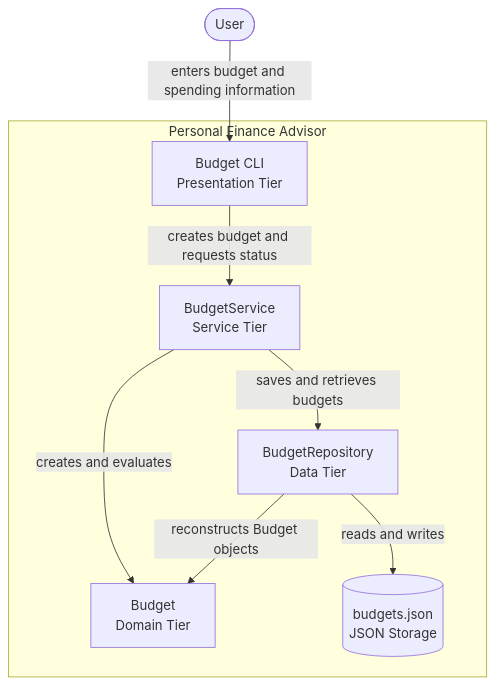
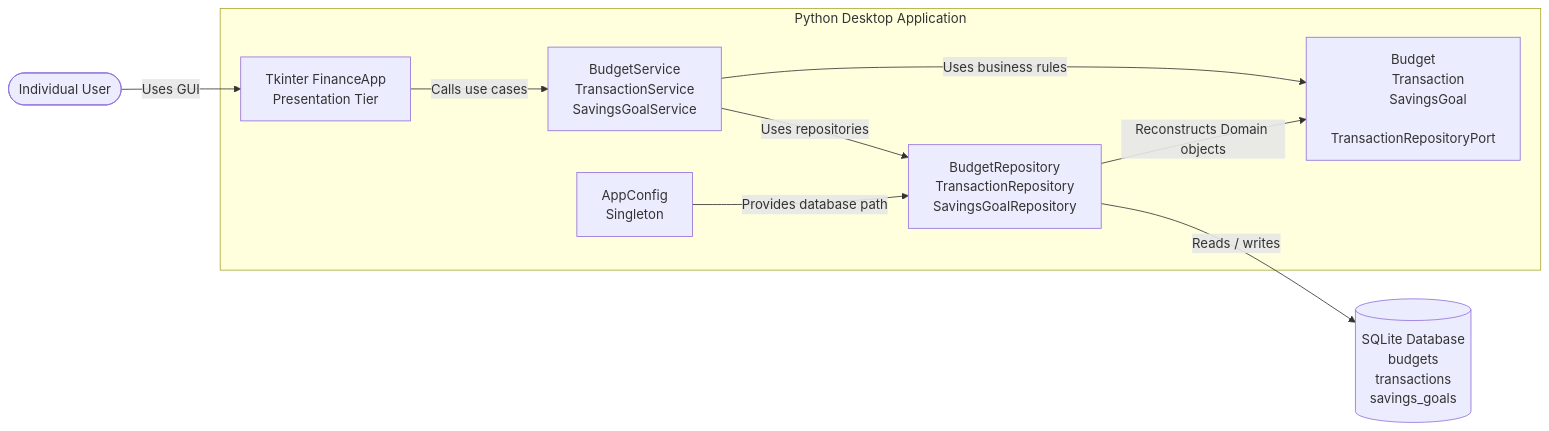
The second of 4 diagrams in README.md (Jesse-Trueba/cen5064-project-trueba), drawn with Mermaid before and after one commit. The commit also changed other lines of this file, not shown here.

````diff
--- a/README.md
+++ b/README.md
@@ -68,19 +125,42 @@
 ```mermaid
-flowchart TB
-    user([User])
+flowchart LR
+    user([Individual User])
 
-    subgraph FinanceAdvisor [Personal Finance Advisor]
-        presentation[Budget CLI<br/>Presentation Tier]
-        service[BudgetService<br/>Service Tier]
-        domain[Budget<br/>Domain Tier]
-        repository[BudgetRepository<br/>Data Tier]
-        json[(budgets.json<br/>JSON Storage)]
+    subgraph app[Python Desktop Application]
+        presentation[Tkinter FinanceApp
+        Presentation Tier]
+
+        service[BudgetService
+        TransactionService
+        SavingsGoalService]
+
+        domain[Budget
+        Transaction
+        SavingsGoal
+        TransactionRepositoryPort]
+
+        data[BudgetRepository
+        TransactionRepository
+        SavingsGoalRepository]
+
+        config[AppConfig
+        Singleton]
     end
 
-    user -->|enters budget and spending information| presentation
-    presentation -->|creates budget and requests status| service
-    service -->|creates and evaluates| domain
-    service -->|saves and retrieves budgets| repository
-    repository -->|reads and writes| json
-    repository -->|reconstructs Budget objects| domain
+    sqlite[(SQLite Database
+    budgets
+    transactions
+    savings_goals)]
+
+    user -->|Uses GUI| presentation
+
+    presentation -->|Calls use cases| service
+
+    service -->|Uses business rules| domain
+    service -->|Uses repositories| data
+
+    data -->|Reconstructs Domain objects| domain
+    data -->|Reads / writes| sqlite
+
+    config -->|Provides database path| data
 ```
````
